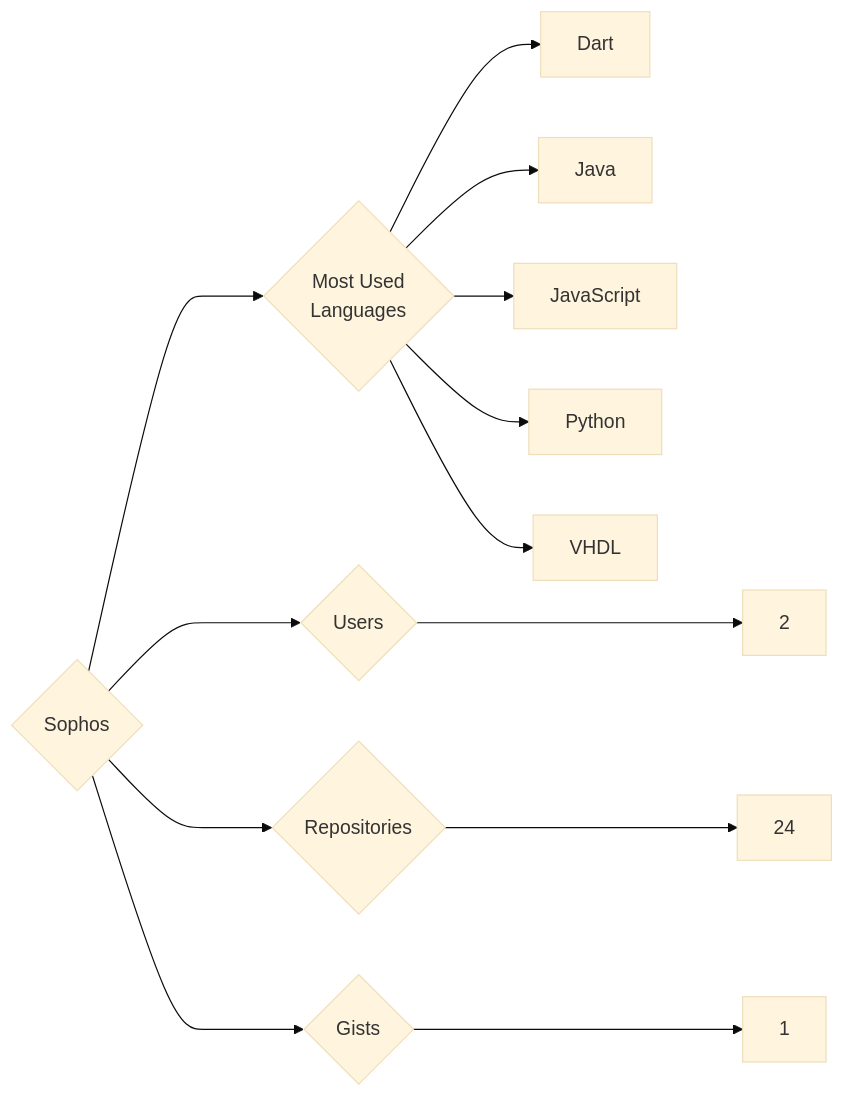
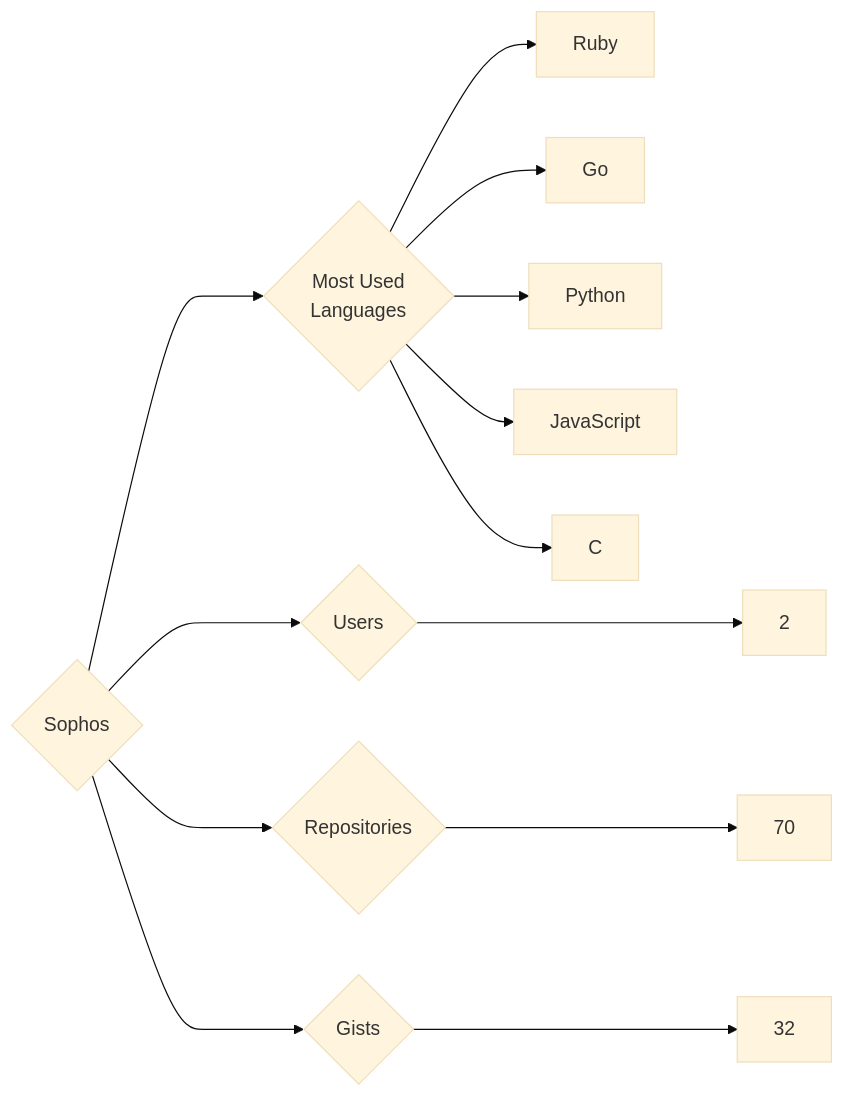
Before and after one commit to trickest/insiders: the diagram in targets/Sophos/README.md, drawn with Mermaid (base theme). The commit also changed 787 other files, not shown here.

````diff
--- a/targets/Sophos/README.md
+++ b/targets/Sophos/README.md
@@ -3,13 +3,13 @@
 ```mermaid
 graph LR
 COMPANY_NAME{Sophos}
 COMPANY_NAME ---> U{Users} ---> UN[2]
-COMPANY_NAME ---> R{Repositories} ---> RN[24]
-COMPANY_NAME ---> G{Gists} ---> GN[1]
+COMPANY_NAME ---> R{Repositories} ---> RN[70]
+COMPANY_NAME ---> G{Gists} ---> GN[32]
 COMPANY_NAME ---> ML{Most Used<br>Languages}
-ML --> Dart[Dart]
-ML --> Java[Java]
+ML --> Ruby[Ruby]
+ML --> Go[Go]
+ML --> Python[Python]
 ML --> JavaScript[JavaScript]
-ML --> Python[Python]
-ML --> VHDL[VHDL]
+ML --> C[C]
 ```
````
